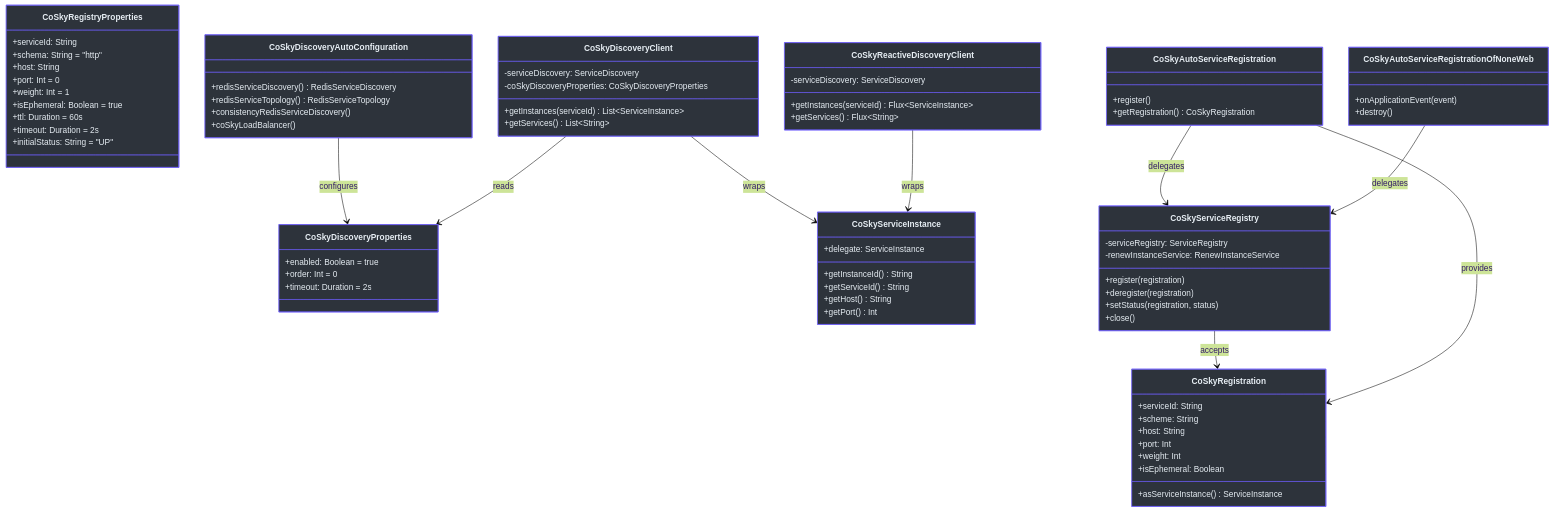
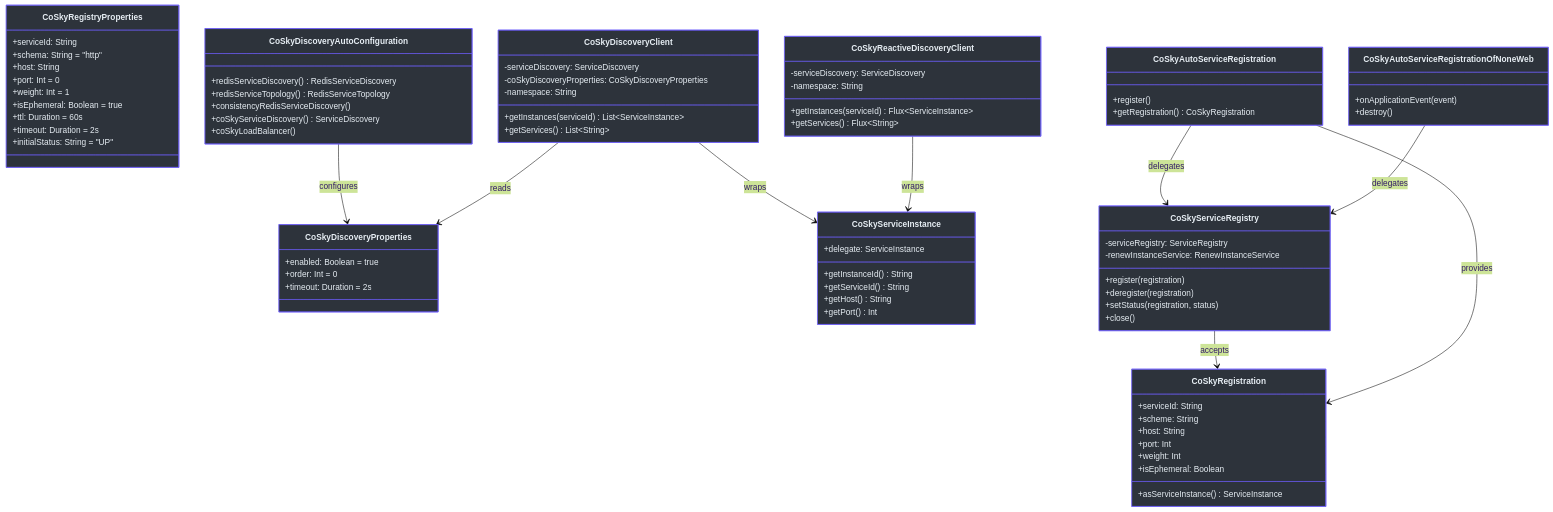
The fifth of 5 diagrams in wiki/guide/spring-cloud-discovery.md (Ahoo-Wang/CoSky), drawn with Mermaid (forest theme) before and after one commit. The commit also changed other lines of this file and 35 other files, not shown here.

```diff
--- a/wiki/guide/spring-cloud-discovery.md
+++ b/wiki/guide/spring-cloud-discovery.md
@@ -231,18 +231,21 @@
         +redisServiceDiscovery() RedisServiceDiscovery
         +redisServiceTopology() RedisServiceTopology
         +consistencyRedisServiceDiscovery()
+        +coSkyServiceDiscovery() ServiceDiscovery
         +coSkyLoadBalancer()
     }
 
     class CoSkyDiscoveryClient {
         -serviceDiscovery: ServiceDiscovery
         -coSkyDiscoveryProperties: CoSkyDiscoveryProperties
+        -namespace: String
         +getInstances(serviceId) List~ServiceInstance~
         +getServices() List~String~
     }
 
     class CoSkyReactiveDiscoveryClient {
         -serviceDiscovery: ServiceDiscovery
+        -namespace: String
         +getInstances(serviceId) Flux~ServiceInstance~
         +getServices() Flux~String~
     }
```
